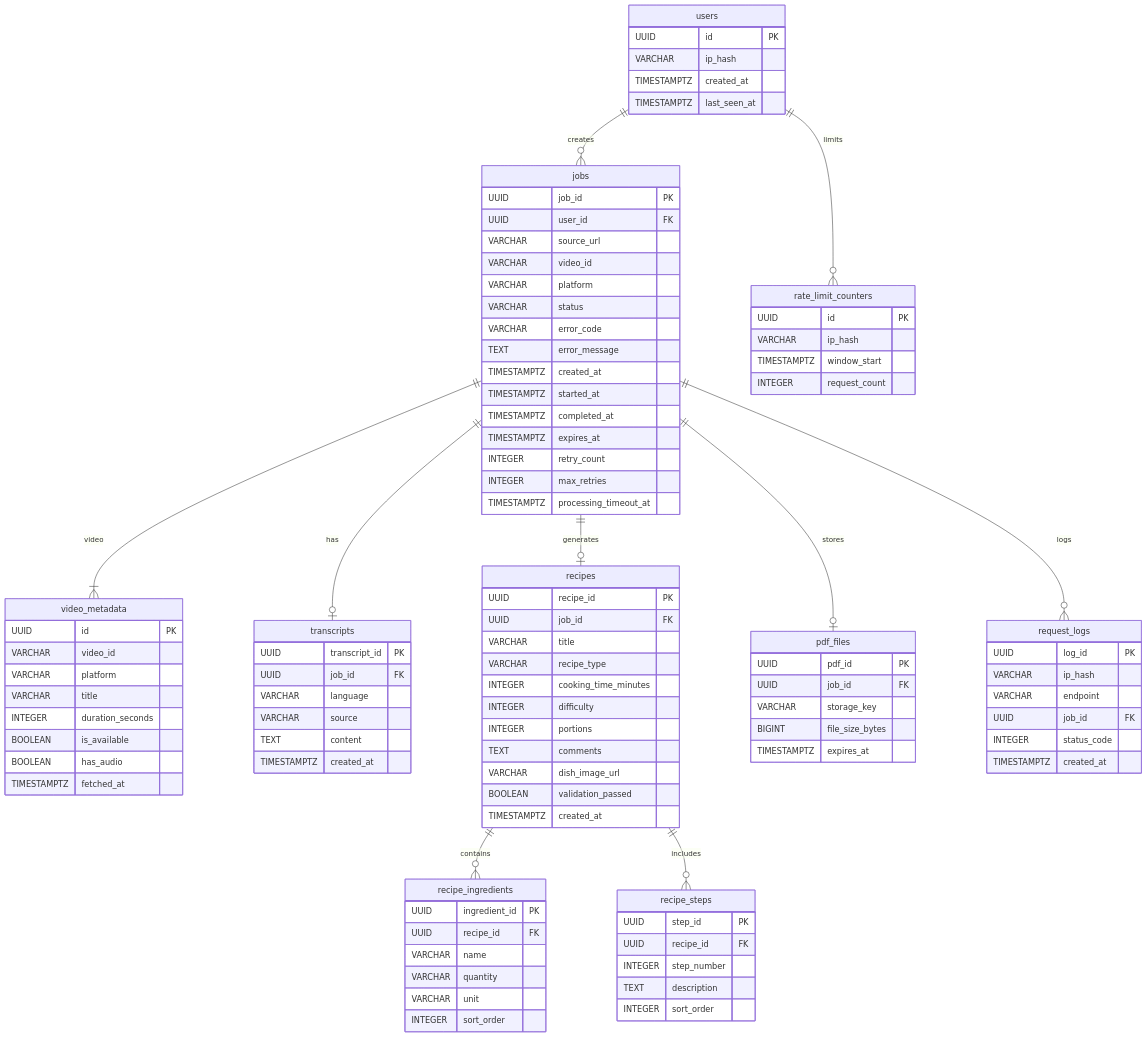
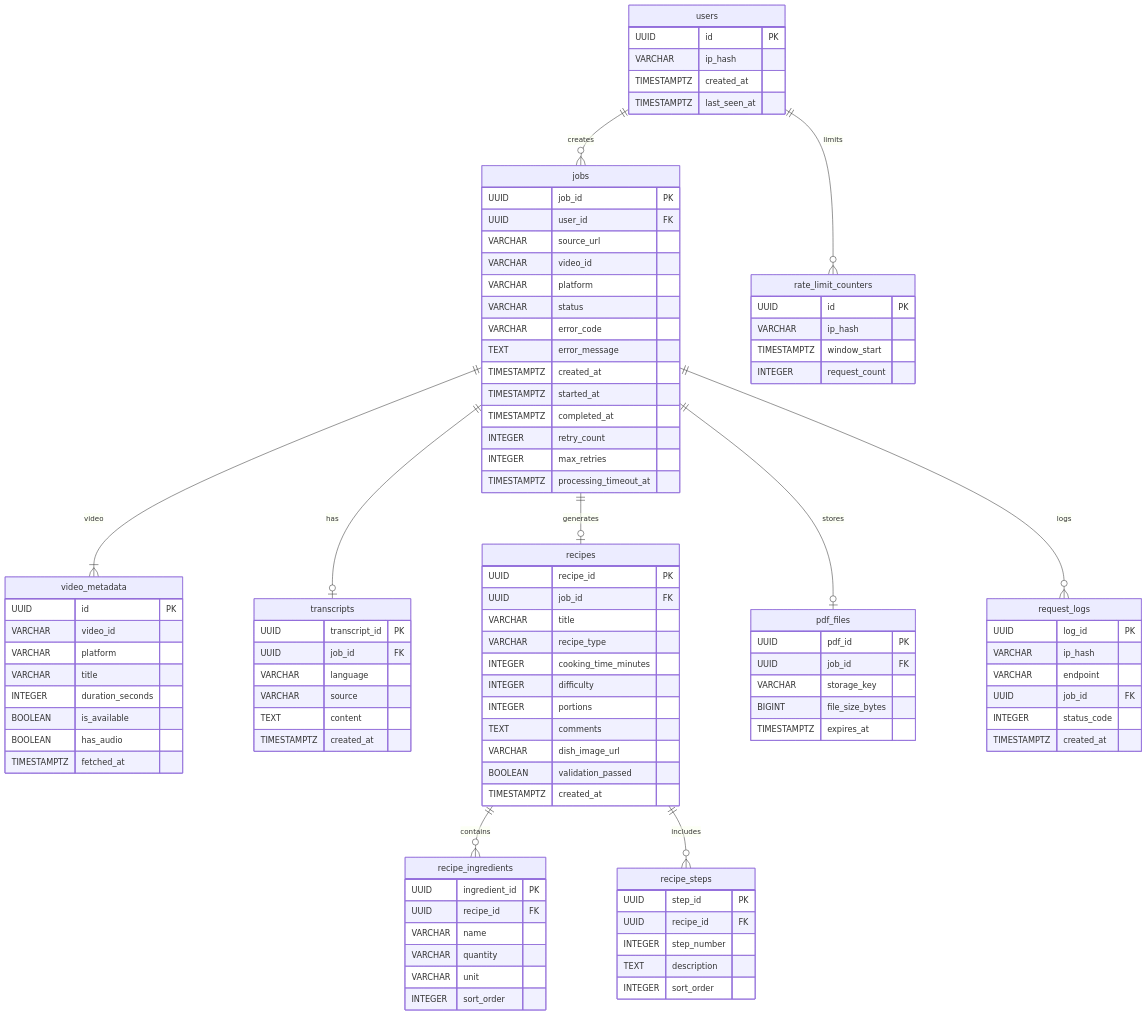
Before and after one commit to allfeia/Cooklink: the diagram in docs/Data/postgres/ER_DIAGRAM_POSTGRES.md, drawn with Mermaid. The commit also changed 4 other files, not shown here.

```diff
--- a/docs/Data/postgres/ER_DIAGRAM_POSTGRES.md
+++ b/docs/Data/postgres/ER_DIAGRAM_POSTGRES.md
@@ -22,7 +22,6 @@
         TIMESTAMPTZ created_at
         TIMESTAMPTZ started_at
         TIMESTAMPTZ completed_at
-        TIMESTAMPTZ expires_at
         INTEGER retry_count
         INTEGER max_retries
         TIMESTAMPTZ processing_timeout_at
```
